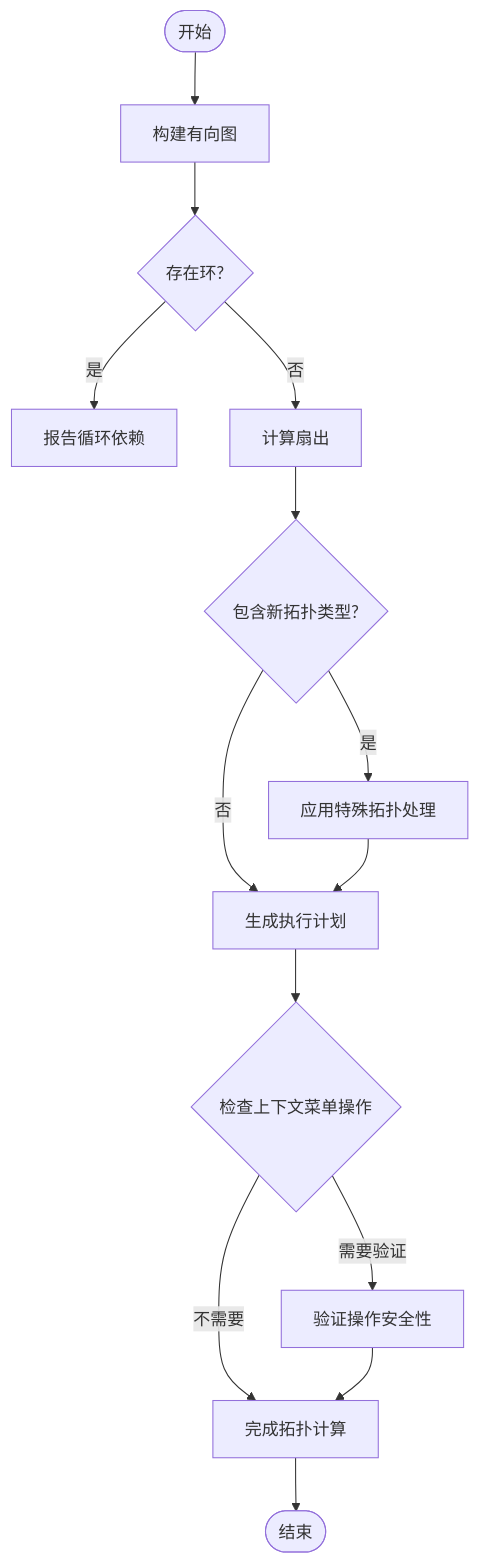
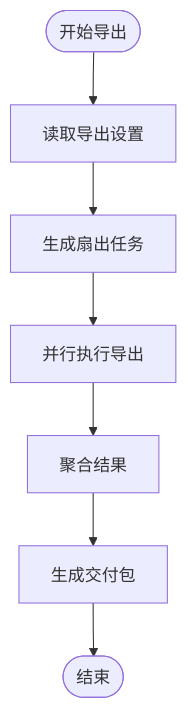
Before and after one commit to scottcwy/PurpleInk: the tenth of 11 diagrams in .qoder/repowiki/zh/content/画布编辑器/画布编辑器.md, drawn with Mermaid. The commit also changed other lines of this file and 872 other files, not shown here.

````diff
--- a/.qoder/repowiki/zh/content/画布编辑器/画布编辑器.md
+++ b/.qoder/repowiki/zh/content/画布编辑器/画布编辑器.md
@@ -794,16 +458,9 @@
 ```mermaid
 flowchart TD
-Start(["开始"]) --> BuildGraph["构建有向图"]
-BuildGraph --> DetectCycle{"存在环?"}
-DetectCycle --> |是| ReportError["报告循环依赖"]
-DetectCycle --> |否| ComputeFanOut["计算扇出"]
-ComputeFanOut --> NewTypes{"包含新拓扑类型?"}
-NewTypes --> |是| SpecialHandling["应用特殊拓扑处理"]
-NewTypes --> |否| Schedule["生成执行计划"]
-SpecialHandling --> Schedule
-Schedule --> CheckContextMenu{"检查上下文菜单操作"}
-CheckContextMenu --> |需要验证| ValidateOperations["验证操作安全性"]
-CheckContextMenu --> |不需要| Finalize["完成拓扑计算"]
-ValidateOperations --> Finalize
+Start(["开始导出"]) --> Config["读取导出设置"]
+Config --> FanOut["生成扇出任务"]
+FanOut --> ParallelRun["并行执行导出"]
+ParallelRun --> Aggregate["聚合结果"]
+Aggregate --> Finalize["生成交付包"]
 Finalize --> End(["结束"])
 ```
````
